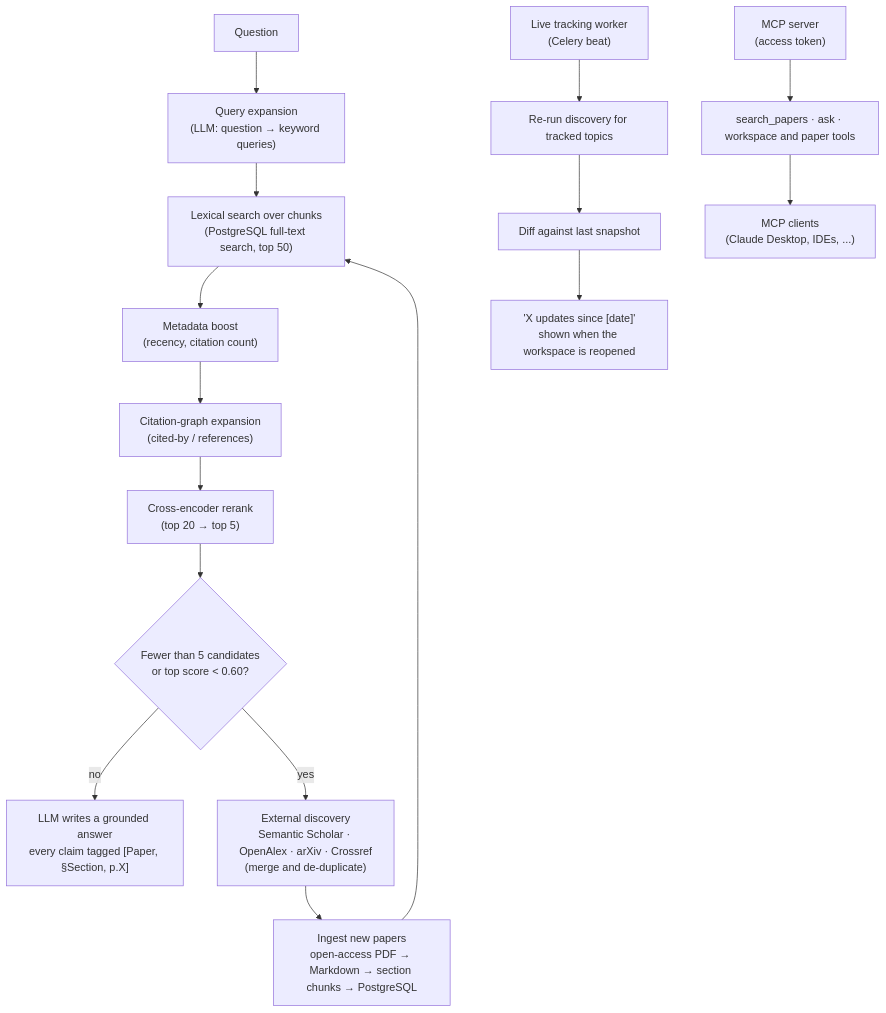
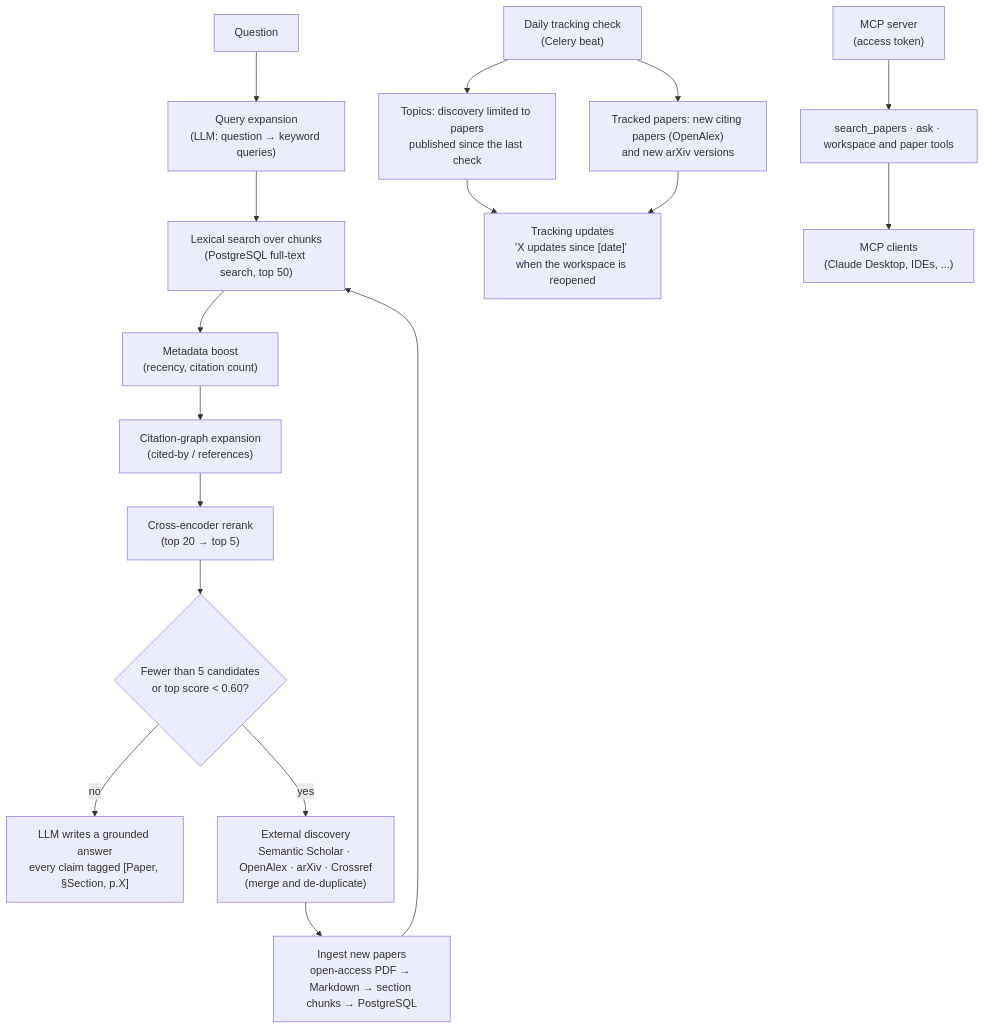
Before and after one commit to hisuperaman/index-r: the diagram in docs/PROJECT_OVERVIEW.md, drawn with Mermaid. The commit also changed other lines of this file and 58 other files, not shown here.

Commit message:
Add live tracking: tracked topics and papers, daily checks, and update banner

````diff
--- a/docs/PROJECT_OVERVIEW.md
+++ b/docs/PROJECT_OVERVIEW.md
@@ -44,20 +44,21 @@
 ```mermaid
 flowchart TD
     Q["Question"] --> E["Query expansion<br/>(LLM: question → keyword queries)"]
     E --> S["Lexical search over chunks<br/>(PostgreSQL full-text search, top 50)"]
     S --> B["Metadata boost<br/>(recency, citation count)"]
     B --> G["Citation-graph expansion<br/>(cited-by / references)"]
     G --> R["Cross-encoder rerank<br/>(top 20 → top 5)"]
     R --> GATE{"Fewer than 5 candidates<br/>or top score < 0.60?"}
     GATE -- "no" --> A["LLM writes a grounded answer<br/>every claim tagged [Paper, §Section, p.X]"]
     GATE -- "yes" --> D["External discovery<br/>Semantic Scholar · OpenAlex · arXiv · Crossref<br/>(merge and de-duplicate)"]
     D --> ING["Ingest new papers<br/>open-access PDF → Markdown → section chunks → PostgreSQL"]
     ING --> S
 
-    T["Live tracking worker<br/>(Celery beat)"] --> RP["Re-run discovery for tracked topics"]
-    RP --> DIFF["Diff against last snapshot"]
-    DIFF --> UP["'X updates since [date]'<br/>shown when the workspace is reopened"]
+    T["Daily tracking check<br/>(Celery beat)"] --> RP["Topics: discovery limited to papers<br/>published since the last check"]
+    T --> CIT["Tracked papers: new citing papers (OpenAlex)<br/>and new arXiv versions"]
+    RP --> UP["Tracking updates<br/>'X updates since [date]' when the workspace is reopened"]
+    CIT --> UP
 
     MCP["MCP server<br/>(access token)"] --> TOOLS["search_papers · ask · workspace and paper tools"]
     TOOLS --> CLIENTS["MCP clients<br/>(Claude Desktop, IDEs, ...)"]
 ```
````
